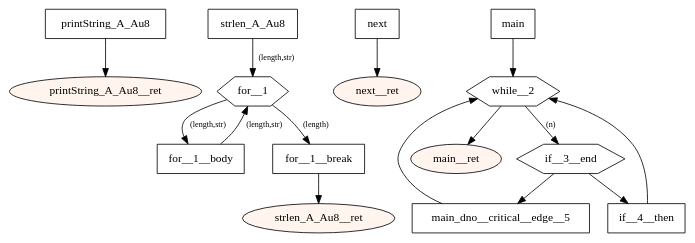
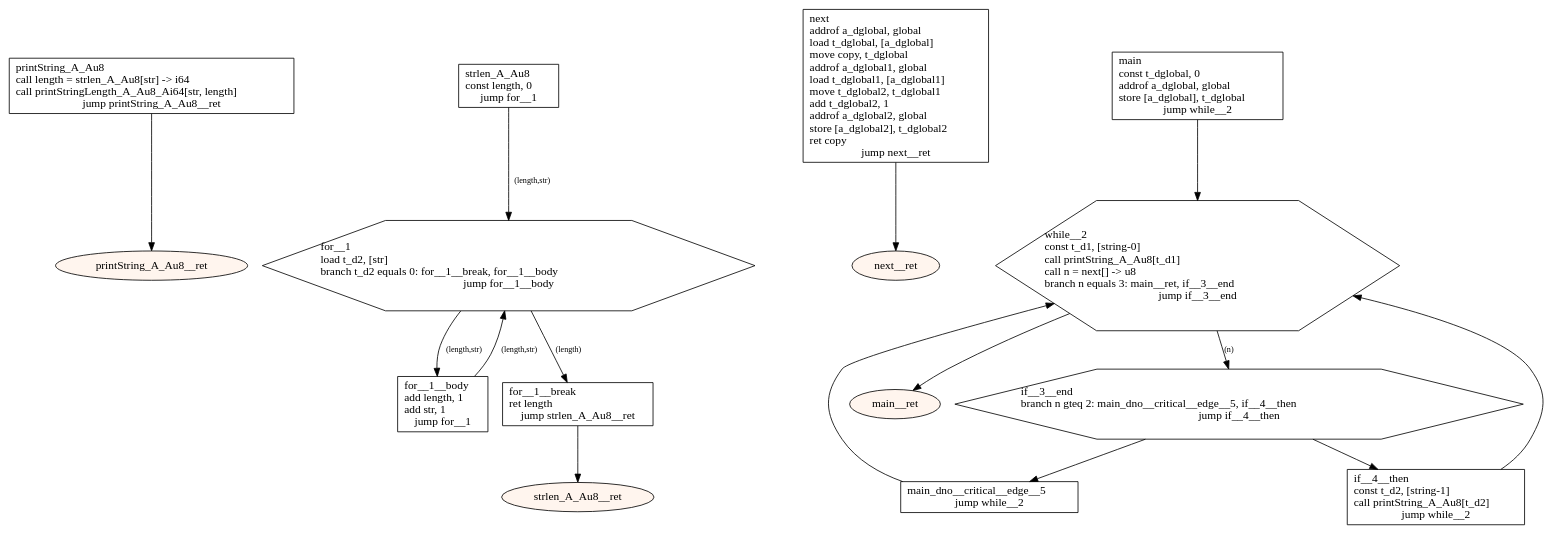
One commit to tmssngr/tinyC changed the diagram in src/main/resources-test/compiler/windows/global vars2.dot. Above: the diagram before and after it, drawn with Graphviz. The commit also changed 23 other files, not shown here.

```diff
--- a/src/main/resources-test/compiler/windows/global vars2.dot
+++ b/src/main/resources-test/compiler/windows/global vars2.dot
@@ -1,40 +1,40 @@
 digraph program {
 	edge[fontsize="10pt"];
 	subgraph fn_printString_A_Au8 {
-		BasicBlock_0_printString_A_Au8 [label="printString_A_Au8",shape=box];
+		BasicBlock_0_printString_A_Au8 [label="printString_A_Au8\lcall length = strlen_A_Au8[str] -> i64\lcall printStringLength_A_Au8_Ai64[str, length]\ljump printString_A_Au8__ret",shape=box];
 		BasicBlock_0_printString_A_Au8 -> BasicBlock_0_printString_A_Au8__ret;
 		BasicBlock_0_printString_A_Au8__ret [label="printString_A_Au8__ret",shape=oval,style=filled,fillcolor="#fff5ee"];
 	}
 	subgraph fn_strlen_A_Au8 {
-		BasicBlock_1_strlen_A_Au8 [label="strlen_A_Au8",shape=box];
+		BasicBlock_1_strlen_A_Au8 [label="strlen_A_Au8\lconst length, 0\ljump for__1",shape=box];
 		BasicBlock_1_strlen_A_Au8 -> BasicBlock_1_for__1 [label="(length,str)"];
-		BasicBlock_1_for__1__body [label="for__1__body",shape=box];
+		BasicBlock_1_for__1__body [label="for__1__body\ladd length, 1\ladd str, 1\ljump for__1",shape=box];
 		BasicBlock_1_for__1__body -> BasicBlock_1_for__1 [label="(length,str)"];
-		BasicBlock_1_for__1 [label="for__1",shape=hexagon];
+		BasicBlock_1_for__1 [label="for__1\lload t_d2, [str]\lbranch t_d2 equals 0: for__1__break, for__1__body\ljump for__1__body",shape=hexagon];
 		BasicBlock_1_for__1 -> BasicBlock_1_for__1__break [label="(length)"];
 		BasicBlock_1_for__1 -> BasicBlock_1_for__1__body [label="(length,str)"];
-		BasicBlock_1_for__1__break [label="for__1__break",shape=box];
+		BasicBlock_1_for__1__break [label="for__1__break\lret length\ljump strlen_A_Au8__ret",shape=box];
 		BasicBlock_1_for__1__break -> BasicBlock_1_strlen_A_Au8__ret;
 		BasicBlock_1_strlen_A_Au8__ret [label="strlen_A_Au8__ret",shape=oval,style=filled,fillcolor="#fff5ee"];
 	}
 	subgraph fn_next {
-		BasicBlock_2_next [label="next",shape=box];
+		BasicBlock_2_next [label="next\laddrof a_dglobal, global\lload t_dglobal, [a_dglobal]\lmove copy, t_dglobal\laddrof a_dglobal1, global\lload t_dglobal1, [a_dglobal1]\lmove t_dglobal2, t_dglobal1\ladd t_dglobal2, 1\laddrof a_dglobal2, global\lstore [a_dglobal2], t_dglobal2\lret copy\ljump next__ret",shape=box];
 		BasicBlock_2_next -> BasicBlock_2_next__ret;
 		BasicBlock_2_next__ret [label="next__ret",shape=oval,style=filled,fillcolor="#fff5ee"];
 	}
 	subgraph fn_main {
-		BasicBlock_3_main [label="main",shape=box];
+		BasicBlock_3_main [label="main\lconst t_dglobal, 0\laddrof a_dglobal, global\lstore [a_dglobal], t_dglobal\ljump while__2",shape=box];
 		BasicBlock_3_main -> BasicBlock_3_while__2;
-		BasicBlock_3_if__3__end [label="if__3__end",shape=hexagon];
+		BasicBlock_3_if__3__end [label="if__3__end\lbranch n gteq 2: main_dno__critical__edge__5, if__4__then\ljump if__4__then",shape=hexagon];
 		BasicBlock_3_if__3__end -> BasicBlock_3_main_dno__critical__edge__5;
 		BasicBlock_3_if__3__end -> BasicBlock_3_if__4__then;
-		BasicBlock_3_main_dno__critical__edge__5 [label="main_dno__critical__edge__5",shape=box];
+		BasicBlock_3_main_dno__critical__edge__5 [label="main_dno__critical__edge__5\ljump while__2",shape=box];
 		BasicBlock_3_main_dno__critical__edge__5 -> BasicBlock_3_while__2;
-		BasicBlock_3_if__4__then [label="if__4__then",shape=box];
+		BasicBlock_3_if__4__then [label="if__4__then\lconst t_d2, [string-1]\lcall printString_A_Au8[t_d2]\ljump while__2",shape=box];
 		BasicBlock_3_if__4__then -> BasicBlock_3_while__2;
-		BasicBlock_3_while__2 [label="while__2",shape=hexagon];
+		BasicBlock_3_while__2 [label="while__2\lconst t_d1, [string-0]\lcall printString_A_Au8[t_d1]\lcall n = next[] -> u8\lbranch n equals 3: main__ret, if__3__end\ljump if__3__end",shape=hexagon];
 		BasicBlock_3_while__2 -> BasicBlock_3_main__ret;
 		BasicBlock_3_while__2 -> BasicBlock_3_if__3__end [label="(n)"];
 		BasicBlock_3_main__ret [label="main__ret",shape=oval,style=filled,fillcolor="#fff5ee"];
 	}
 }
```
